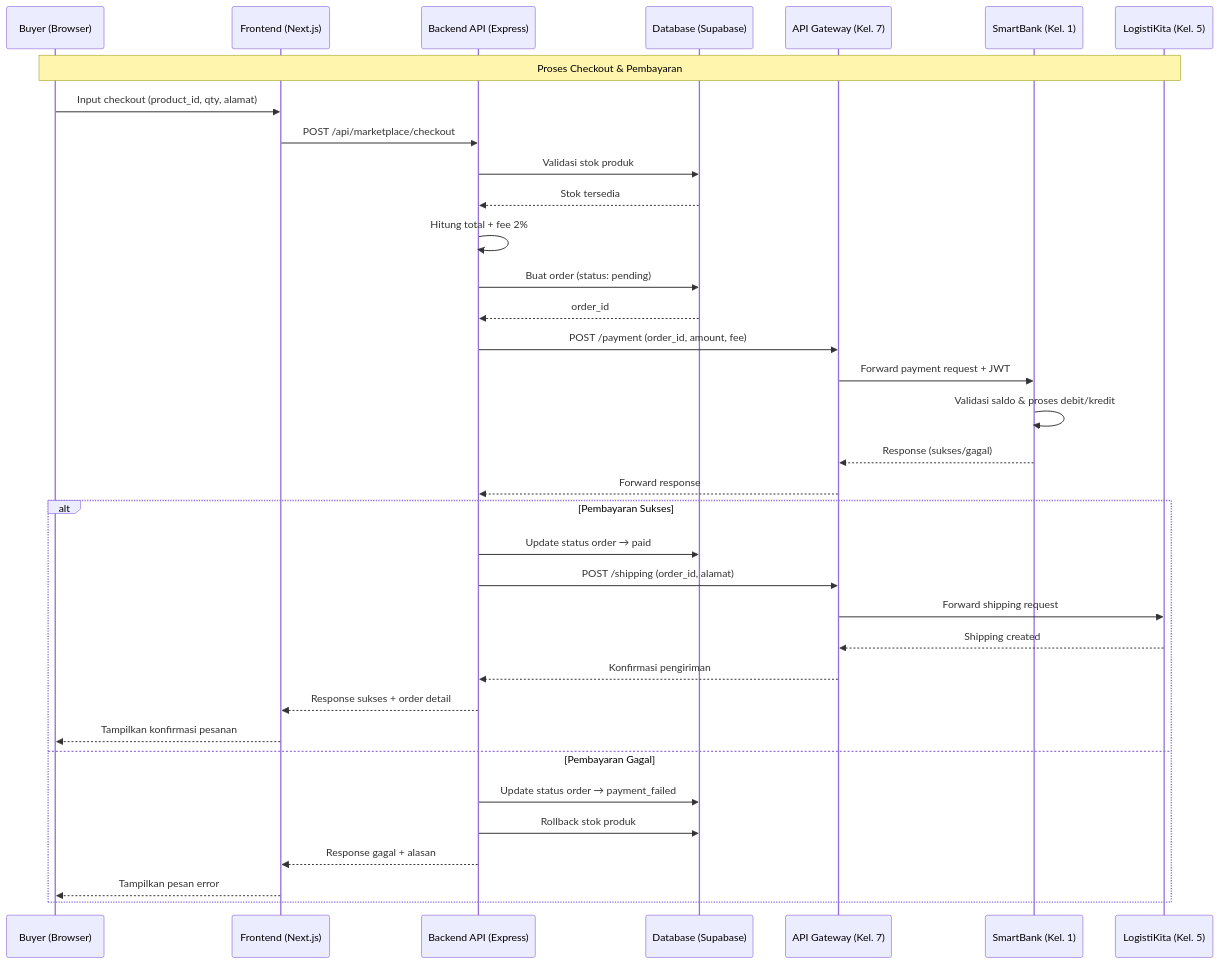
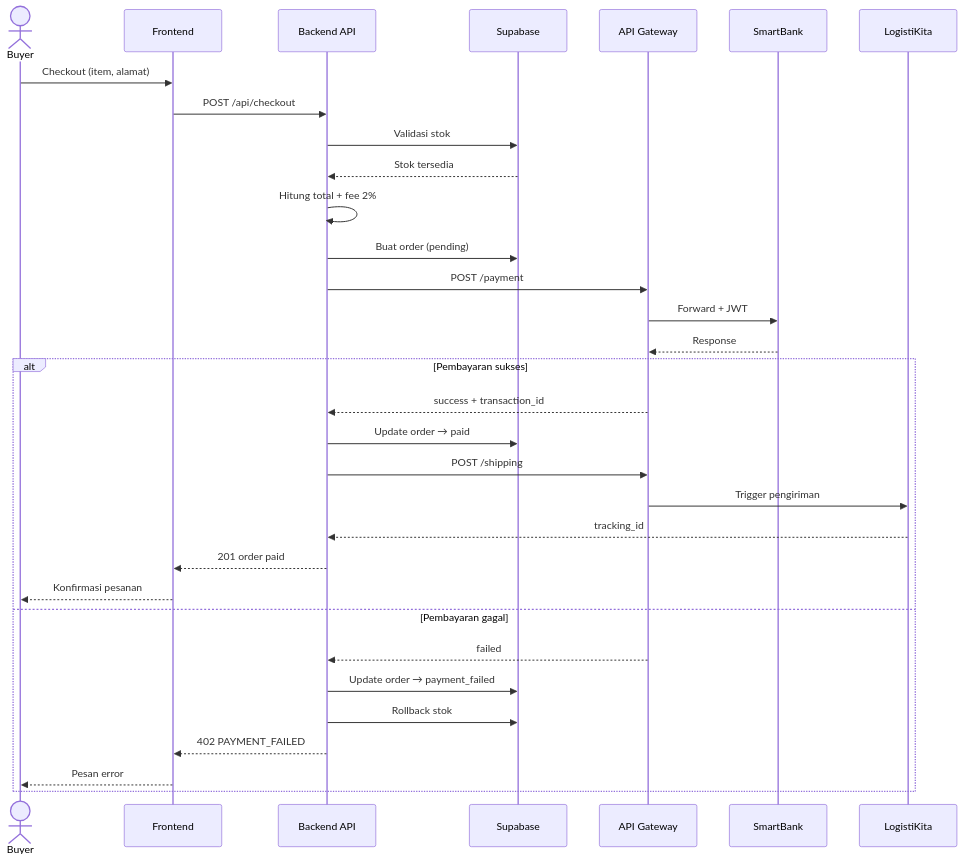
Before and after one commit to ditverse/pasarkita-monorepo: the third of 3 diagrams in README.md, drawn with Mermaid. The commit also changed other lines of this file, not shown here.

First line of the commit message:
Revise README for project overview and architecture

````diff
--- a/README.md
+++ b/README.md
@@ -149,41 +88,36 @@
 ```mermaid
 sequenceDiagram
-    participant Buyer as Buyer (Browser)
-    participant FE as Frontend (Next.js)
-    participant API as Backend API (Express)
-    participant DB as Database (Supabase)
-    participant GW as API Gateway (Kel. 7)
-    participant SB as SmartBank (Kel. 1)
-    participant LK as LogistiKita (Kel. 5)
+    actor Buyer
+    participant FE as Frontend
+    participant BE as Backend API
+    participant DB as Supabase
+    participant GW as API Gateway
+    participant SB as SmartBank
+    participant LK as LogistiKita
 
-    Note over Buyer, LK: Proses Checkout & Pembayaran
+    Buyer->>FE: Checkout (item, alamat)
+    FE->>BE: POST /api/checkout
+    BE->>DB: Validasi stok
+    DB-->>BE: Stok tersedia
+    BE->>BE: Hitung total + fee 2%
+    BE->>DB: Buat order (pending)
+    BE->>GW: POST /payment
+    GW->>SB: Forward + JWT
+    SB-->>GW: Response
 
-    Buyer->>FE: Input checkout (product_id, qty, alamat)
-    FE->>API: POST /api/marketplace/checkout
-    API->>DB: Validasi stok produk
-    DB-->>API: Stok tersedia
-    API->>API: Hitung total + fee 2%
-    API->>DB: Buat order (status: pending)
-    DB-->>API: order_id
-
-    API->>GW: POST /payment (order_id, amount, fee)
-    GW->>SB: Forward payment request + JWT
-    SB->>SB: Validasi saldo & proses debit/kredit
-    SB-->>GW: Response (sukses/gagal)
-    GW-->>API: Forward response
-
-    alt Pembayaran Sukses
-        API->>DB: Update status order → paid
-        API->>GW: POST /shipping (order_id, alamat)
-        GW->>LK: Forward shipping request
-        LK-->>GW: Shipping created
-        GW-->>API: Konfirmasi pengiriman
-        API-->>FE: Response sukses + order detail
-        FE-->>Buyer: Tampilkan konfirmasi pesanan
-    else Pembayaran Gagal
-        API->>DB: Update status order → payment_failed
-        API->>DB: Rollback stok produk
-        API-->>FE: Response gagal + alasan
-        FE-->>Buyer: Tampilkan pesan error
+    alt Pembayaran sukses
+        GW-->>BE: success + transaction_id
+        BE->>DB: Update order → paid
+        BE->>GW: POST /shipping
+        GW->>LK: Trigger pengiriman
+        LK-->>BE: tracking_id
+        BE-->>FE: 201 order paid
+        FE-->>Buyer: Konfirmasi pesanan
+    else Pembayaran gagal
+        GW-->>BE: failed
+        BE->>DB: Update order → payment_failed
+        BE->>DB: Rollback stok
+        BE-->>FE: 402 PAYMENT_FAILED
+        FE-->>Buyer: Pesan error
     end
 ```
````
